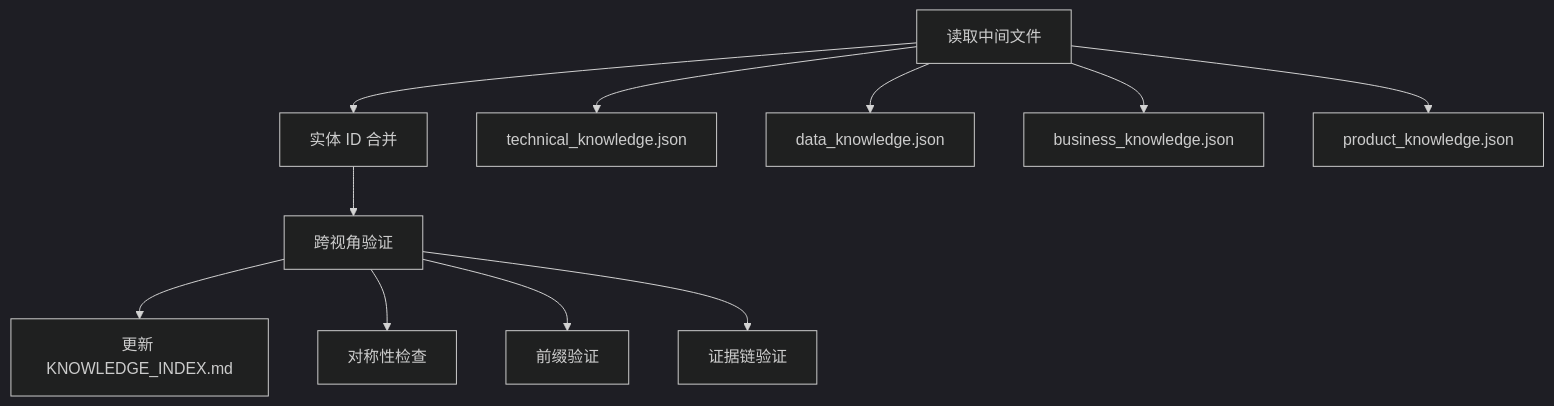
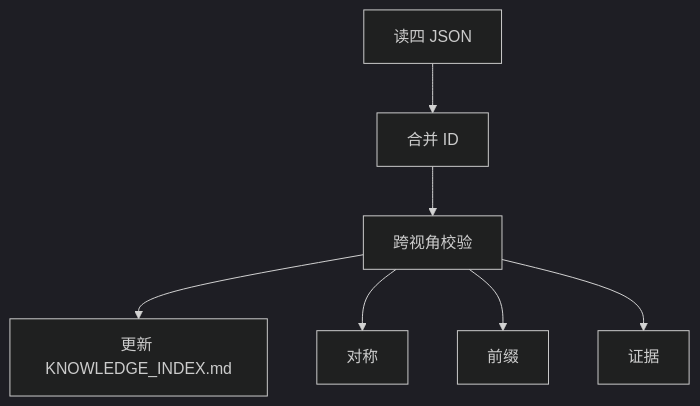
One commit to oleewen/ai-knowledge changed the diagram in agent/skills/docs-build/references/consolidation-spec.md. Above: the diagram before and after it, drawn with Mermaid (dark theme). The commit also changed other lines of this file and 22 other files, not shown here.

````diff
--- a/agent/skills/docs-build/references/consolidation-spec.md
+++ b/agent/skills/docs-build/references/consolidation-spec.md
@@ -9,15 +7,9 @@
 ```mermaid
 graph TD
-    A[读取中间文件] --> B[实体 ID 合并]
-    B --> C[跨视角验证]
+    A[读四 JSON] --> B[合并 ID]
+    B --> C[跨视角校验]
     C --> D[更新 KNOWLEDGE_INDEX.md]
-
-    A --> A1[technical_knowledge.json]
-    A --> A2[data_knowledge.json]
-    A --> A3[business_knowledge.json]
-    A --> A4[product_knowledge.json]
-
-    C --> C1[对称性检查]
-    C --> C2[前缀验证]
-    C --> C3[证据链验证]
+    C --> C1[对称]
+    C --> C2[前缀]
+    C --> C3[证据]
 ```
````
